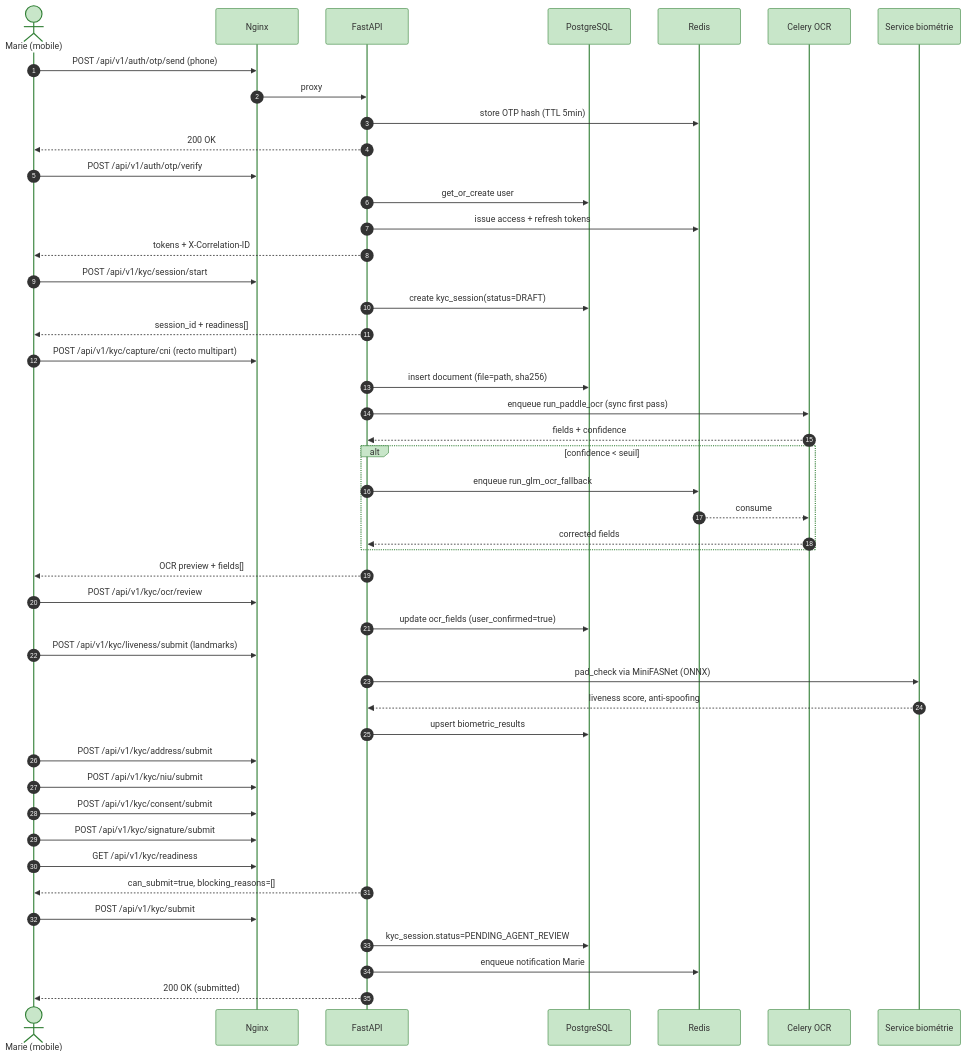
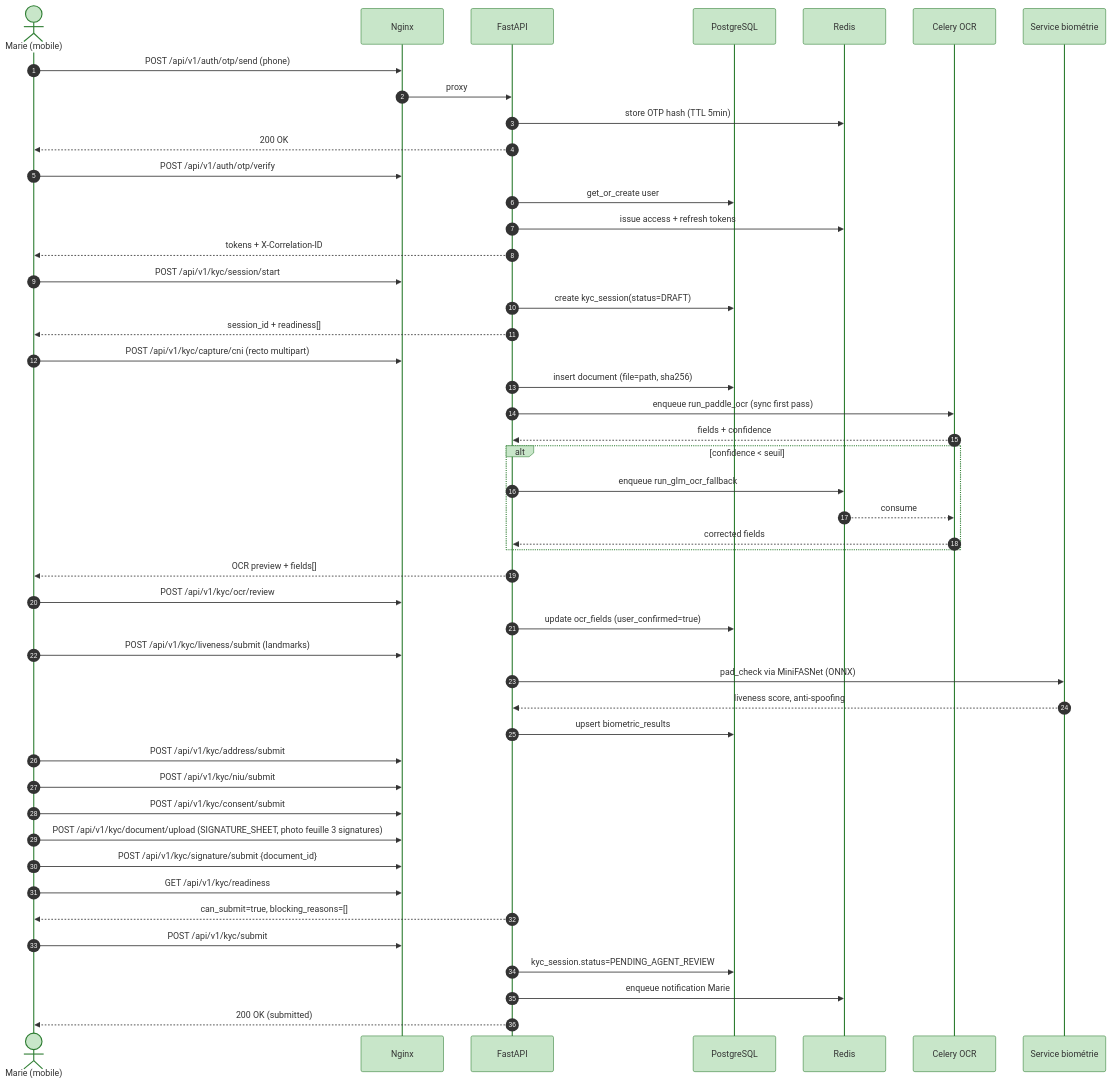
One commit to Ken-Andre/bicec-veripass changed diagram 12 of 25 in docs/BICEC-VERIPASS-VUE-ENSEMBLE.md. Above: the diagram before and after it, drawn with Mermaid. The commit also changed 15 other files, not shown here.

First line of the commit message:
feat(kyc): signature papier — capture photo feuille 3 signatures

````diff
--- a/docs/BICEC-VERIPASS-VUE-ENSEMBLE.md
+++ b/docs/BICEC-VERIPASS-VUE-ENSEMBLE.md
@@ -815,50 +815,51 @@
 ```mermaid
 %%{init: {'theme': 'base', 'themeVariables': {'primaryColor': '#C8E6C9','primaryBorderColor':'#2E7D32'}}}%%
 sequenceDiagram
     autonumber
     actor M as Marie (mobile)
     participant NGX as Nginx
     participant API as FastAPI
     participant DB as PostgreSQL
     participant RD as Redis
     participant OCR as Celery OCR
     participant BIO as Service biométrie
 
     M->>NGX: POST /api/v1/auth/otp/send (phone)
     NGX->>API: proxy
     API->>RD: store OTP hash (TTL 5min)
     API-->>M: 200 OK
     M->>NGX: POST /api/v1/auth/otp/verify
     API->>DB: get_or_create user
     API->>RD: issue access + refresh tokens
     API-->>M: tokens + X-Correlation-ID
     M->>NGX: POST /api/v1/kyc/session/start
     API->>DB: create kyc_session(status=DRAFT)
     API-->>M: session_id + readiness[]
     M->>NGX: POST /api/v1/kyc/capture/cni (recto multipart)
     API->>DB: insert document (file=path, sha256)
     API->>OCR: enqueue run_paddle_ocr (sync first pass)
     OCR-->>API: fields + confidence
     alt confidence < seuil
         API->>RD: enqueue run_glm_ocr_fallback
         RD-->>OCR: consume
         OCR-->>API: corrected fields
     end
     API-->>M: OCR preview + fields[]
     M->>NGX: POST /api/v1/kyc/ocr/review
     API->>DB: update ocr_fields (user_confirmed=true)
     M->>NGX: POST /api/v1/kyc/liveness/submit (landmarks)
     API->>BIO: pad_check via MiniFASNet (ONNX)
     BIO-->>API: liveness score, anti-spoofing
     API->>DB: upsert biometric_results
     M->>NGX: POST /api/v1/kyc/address/submit
     M->>NGX: POST /api/v1/kyc/niu/submit
     M->>NGX: POST /api/v1/kyc/consent/submit
-    M->>NGX: POST /api/v1/kyc/signature/submit
+    M->>NGX: POST /api/v1/kyc/document/upload (SIGNATURE_SHEET, photo feuille 3 signatures)
+    M->>NGX: POST /api/v1/kyc/signature/submit {document_id}
     M->>NGX: GET /api/v1/kyc/readiness
     API-->>M: can_submit=true, blocking_reasons=[]
     M->>NGX: POST /api/v1/kyc/submit
     API->>DB: kyc_session.status=PENDING_AGENT_REVIEW
     API->>RD: enqueue notification Marie
     API-->>M: 200 OK (submitted)
 ```
````
